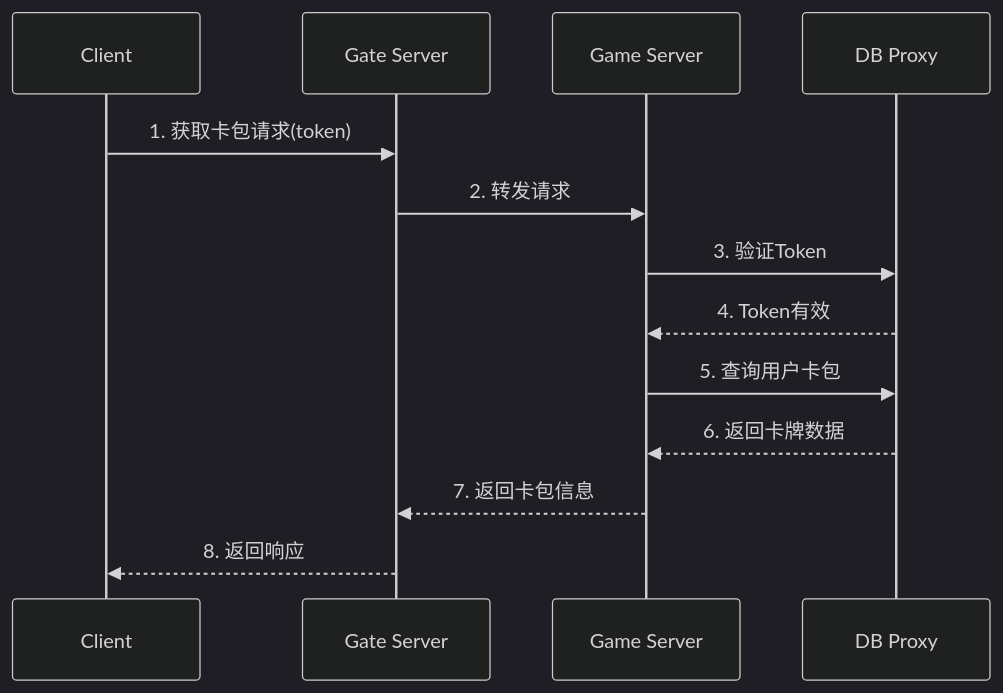
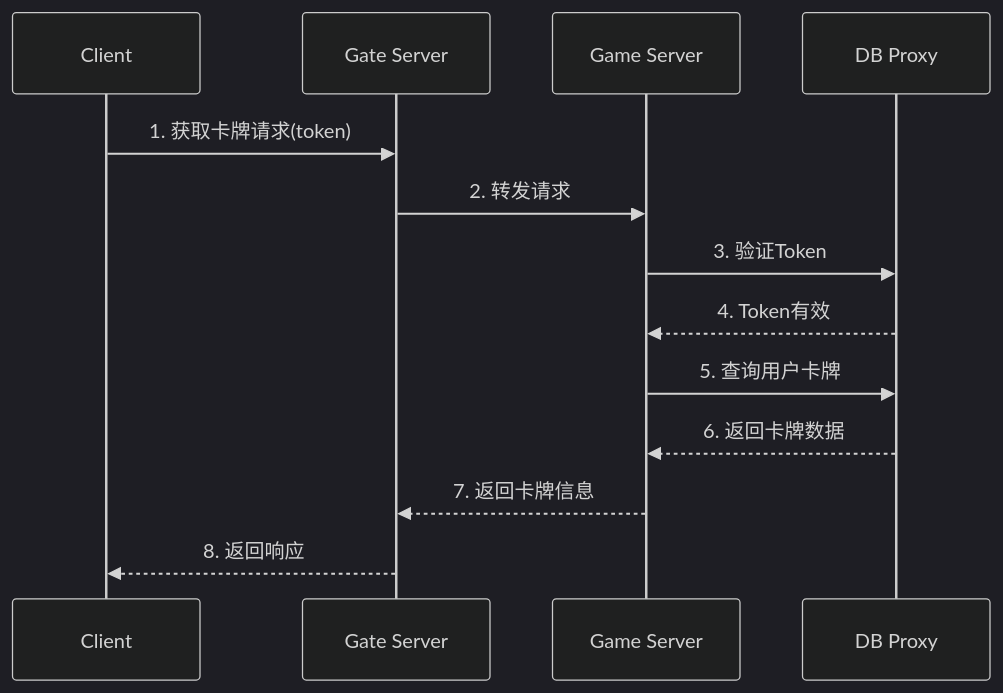
Before and after one commit to easycheaplife/tyconn_server: the fourth of 7 diagrams in doc/flow.md, drawn with Mermaid (dark theme). The commit also changed other lines of this file and 1 other file, not shown here.

````diff
--- a/doc/flow.md
+++ b/doc/flow.md
@@ -97,16 +97,16 @@
 ```mermaid
 sequenceDiagram
     participant C as Client
     participant G as Gate Server
     participant GM as Game Server
     participant DB as DB Proxy
     
-    C->>G: 1. 获取卡包请求(token)
+    C->>G: 1. 获取卡牌请求(token)
     G->>GM: 2. 转发请求
     GM->>DB: 3. 验证Token
     DB-->>GM: 4. Token有效
-    GM->>DB: 5. 查询用户卡包
+    GM->>DB: 5. 查询用户卡牌
     DB-->>GM: 6. 返回卡牌数据
-    GM-->>G: 7. 返回卡包信息
+    GM-->>G: 7. 返回卡牌信息
     G-->>C: 8. 返回响应
 ```
````
